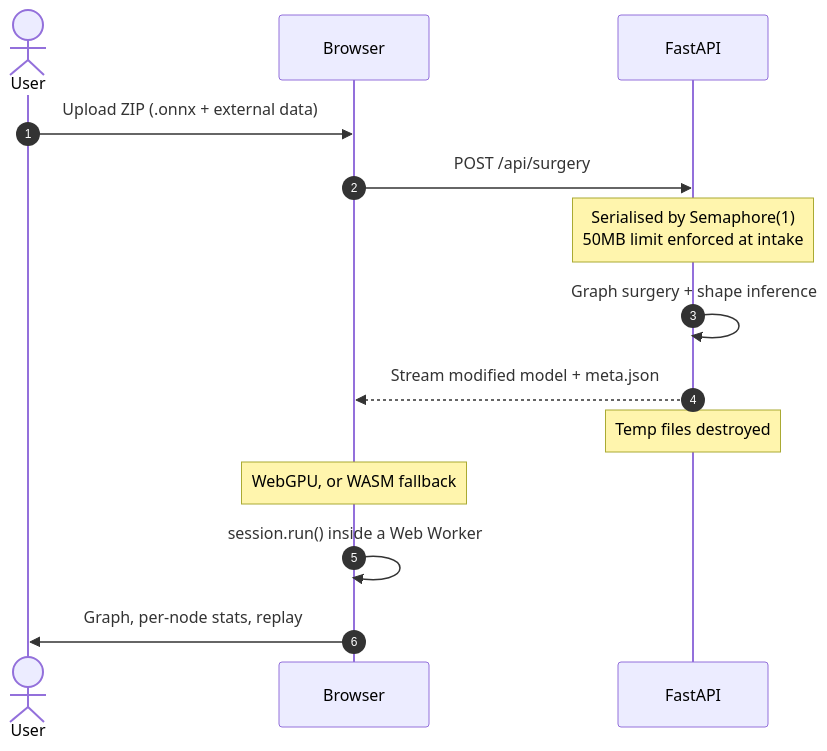
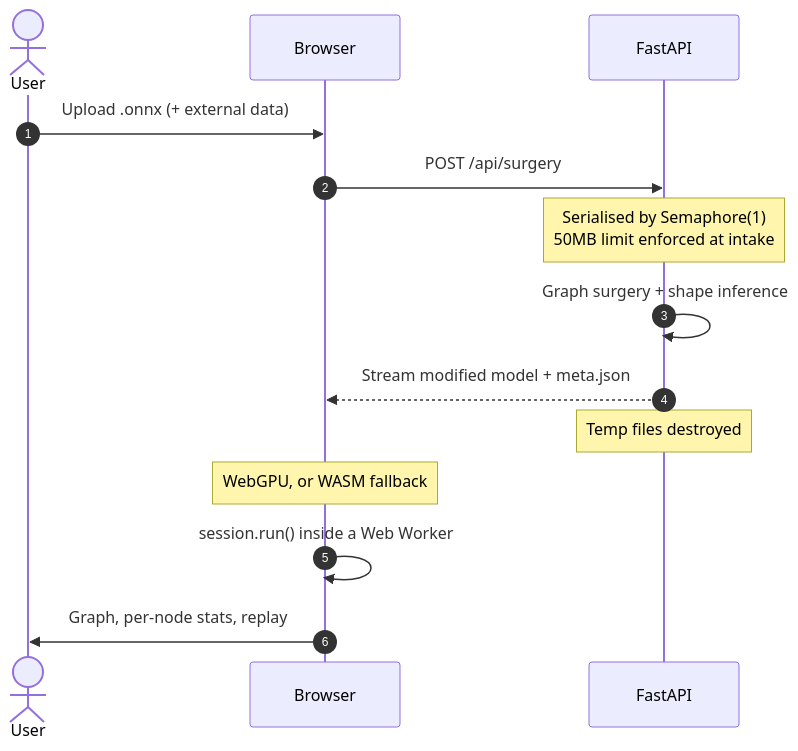
Before and after one commit to Utaewook/StringLights: the diagram in README.md, drawn with Mermaid. The commit also changed other lines of this file, not shown here.

First line of the commit message:
docs: stop telling users to zip their model

````diff
--- a/README.md
+++ b/README.md
@@ -91,17 +91,17 @@
 ```mermaid
 sequenceDiagram
     autonumber
     actor User
     participant Client as Browser
     participant Server as FastAPI
 
-    User->>Client: Upload ZIP (.onnx + external data)
+    User->>Client: Upload .onnx (+ external data)
     Client->>Server: POST /api/surgery
     Note over Server: Serialised by Semaphore(1)<br/>50MB limit enforced at intake
     Server->>Server: Graph surgery + shape inference
     Server-->>Client: Stream modified model + meta.json
     Note over Server: Temp files destroyed
     Note over Client: WebGPU, or WASM fallback
     Client->>Client: session.run() inside a Web Worker
     Client->>User: Graph, per-node stats, replay
 ```
````
